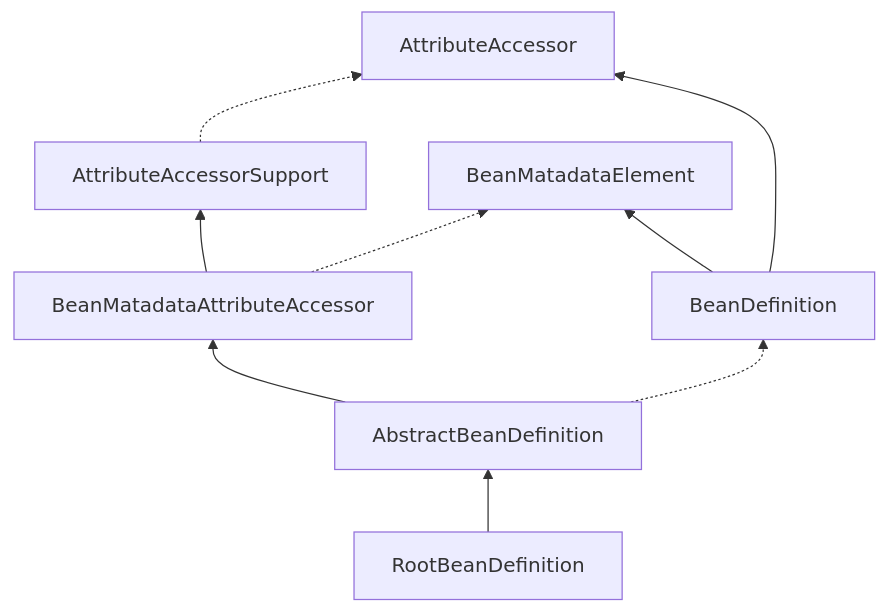
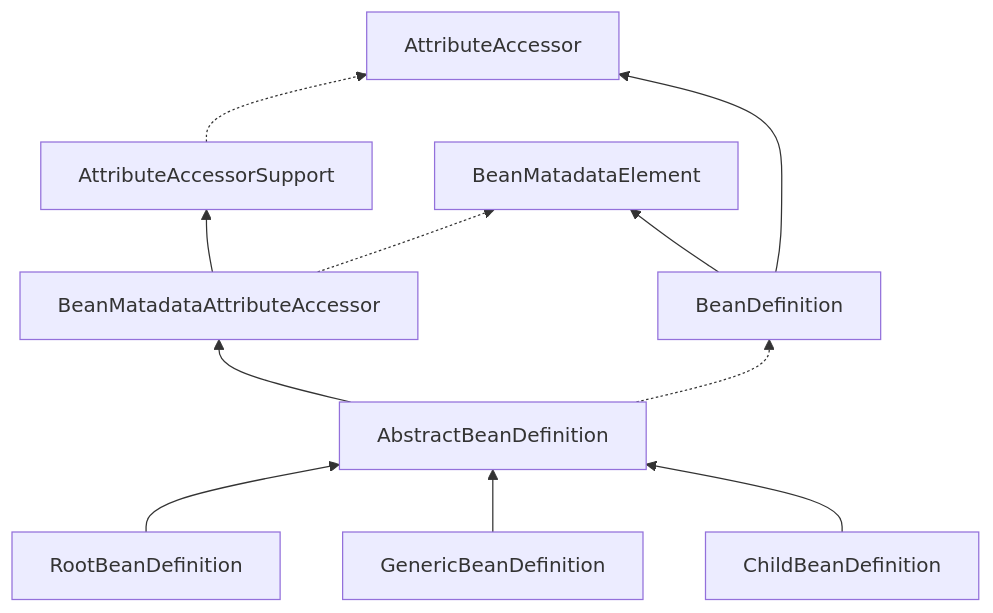
Before and after one commit to ubuntuvim/xcoding: the second of 7 diagrams in source/_posts/Spring/Spring Framework.md, drawn with Mermaid. The commit also changed other lines of this file and 7 other files, not shown here.

````diff
--- a/source/_posts/Spring/Spring Framework.md
+++ b/source/_posts/Spring/Spring Framework.md
@@ -137,13 +130,15 @@
 ```mermaid
 graph BT
 
 AttributeAccessorSupport -.-> AttributeAccessor
 BeanMatadataAttributeAccessor --> AttributeAccessorSupport
 BeanMatadataAttributeAccessor -.-> BeanMatadataElement
 AbstractBeanDefinition --> BeanMatadataAttributeAccessor
 RootBeanDefinition --> AbstractBeanDefinition
+GenericBeanDefinition --> AbstractBeanDefinition
+ChildBeanDefinition --> AbstractBeanDefinition
 
 BeanDefinition --> AttributeAccessor
 BeanDefinition --> BeanMatadataElement
 AbstractBeanDefinition -.-> BeanDefinition
 ```
````
